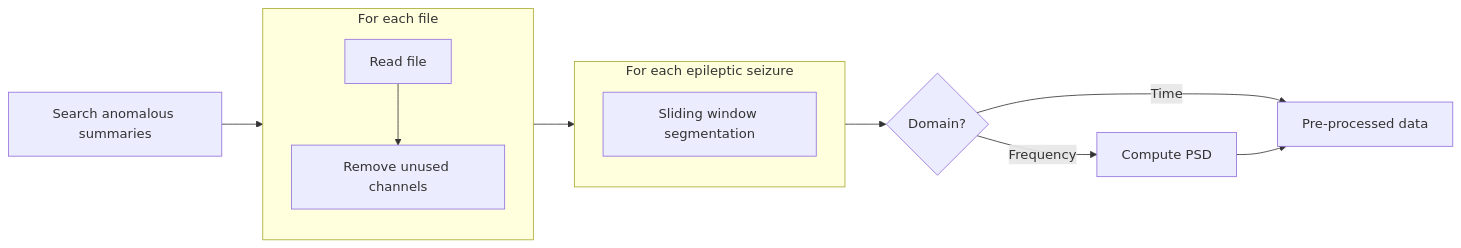
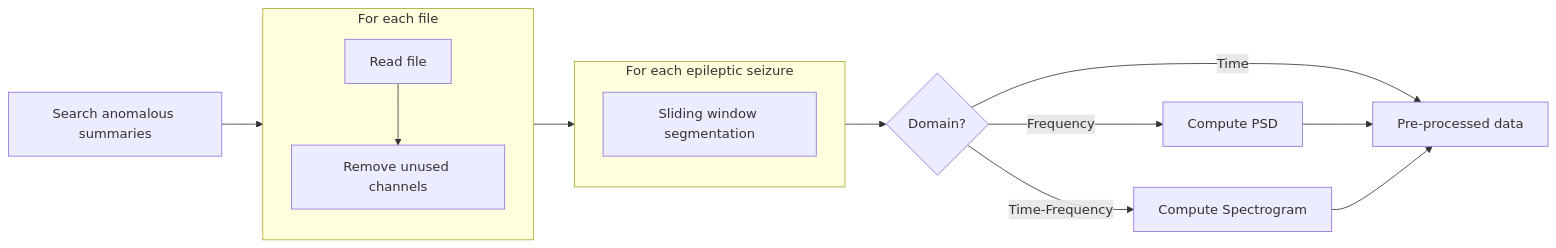
Before and after one commit to luizantoniona/eeg-epileptic-seizure-detection: the second of 3 diagrams in README.md, drawn with Mermaid. The commit also changed other lines of this file, not shown here.

````diff
--- a/README.md
+++ b/README.md
@@ -67,22 +67,25 @@
 ```mermaid
    flowchart LR
    A[Search anomalous summaries]
    A --> B
    B[Read file]
    subgraph B [For each file]
       C[Read file]
       D[Remove unused channels]
       C-->D
    end
    B-->E
    subgraph E [For each epileptic seizure]
       F[Sliding window segmentation]
    end
    E-->G
    G{Domain?}
    H[Compute PSD]
-   I[Pre-processed data]
-   G-->|Time| I
+   I[Compute Spectrogram]
+   J[Pre-processed data]
+   G-->|Time| J
    G-->|Frequency| H
-   H-->I
+   G-->|Time-Frequency| I
+   H-->J
+   I-->J
 ```
````
